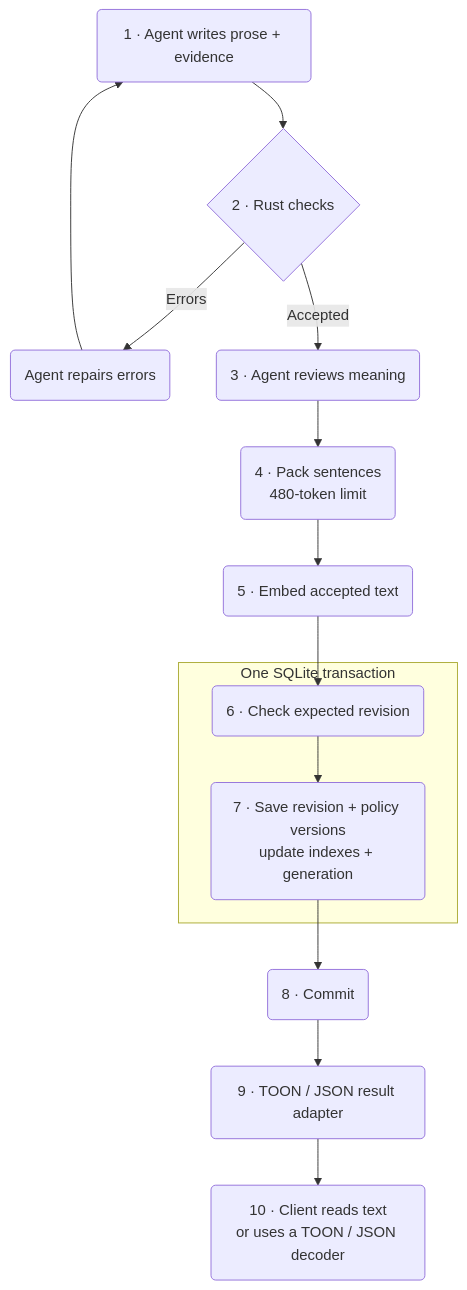
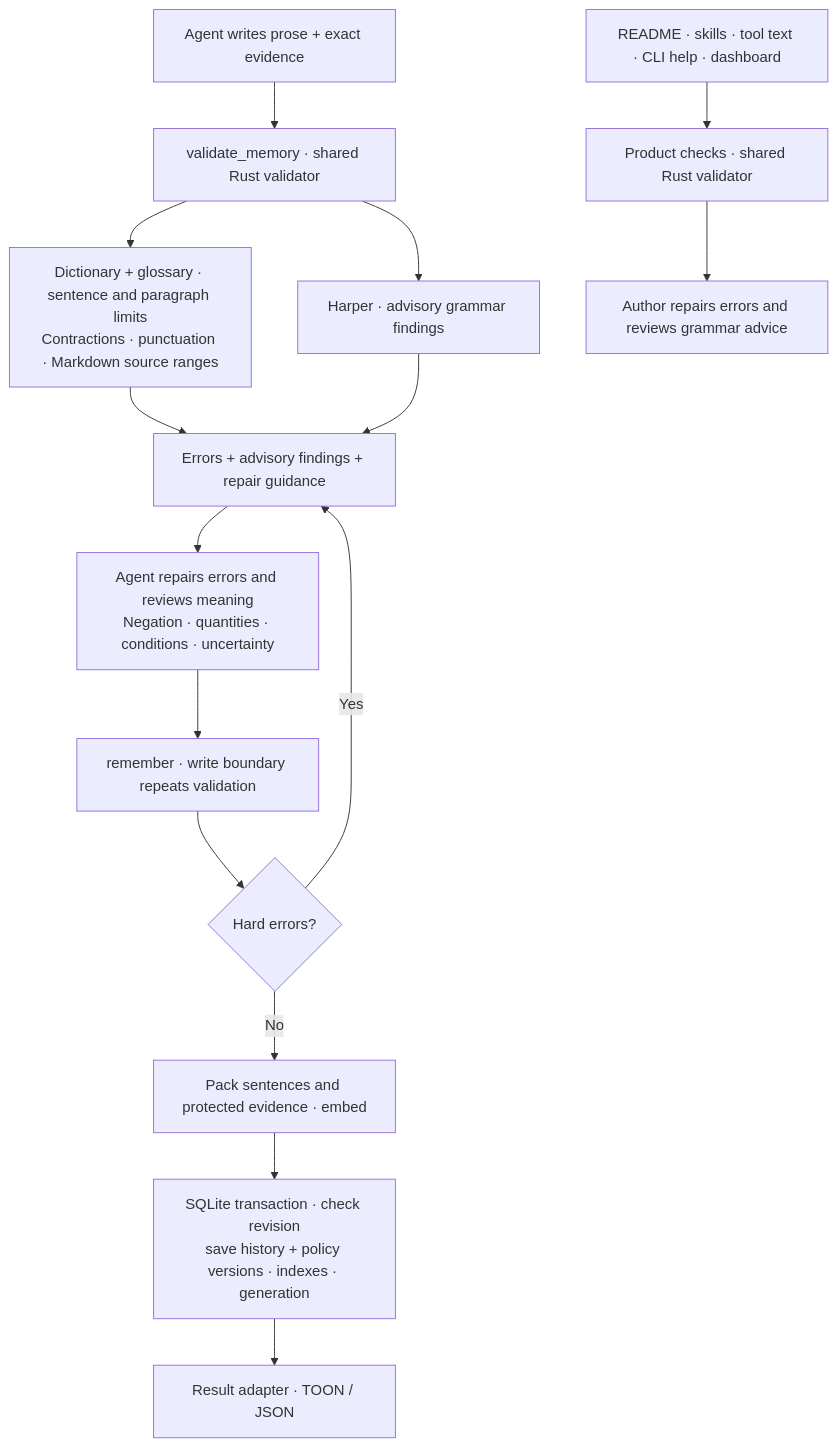
One commit to enfour-digital/enfour-memory changed the second of 2 diagrams in README.md. Above: the diagram before and after it, drawn with Mermaid. The commit also changed other lines of this file, not shown here.

Commit message:
docs: simplify guide and clarify writing checks

````diff
--- a/README.md
+++ b/README.md
@@ -295,16 +128,17 @@
 ```mermaid
 flowchart TB
-    note("1 · Agent writes prose + evidence") --> validate{"2 · Rust checks"}
-    validate -- Errors --> repair("Agent repairs errors")
-    repair --> note
-    validate -- Accepted --> review("3 · Agent reviews meaning")
-    review --> chunk("4 · Pack sentences<br/>480-token limit")
-    chunk --> embed("5 · Embed accepted text")
-    embed --> revision("6 · Check expected revision")
-    subgraph transaction["One SQLite transaction"]
-        revision --> store("7 · Save revision + policy versions<br/>update indexes + generation")
-    end
-    store --> commit("8 · Commit")
-    commit --> output("9 · TOON / JSON result adapter")
-    output --> decode("10 · Client reads text<br/>or uses a TOON / JSON decoder")
+    agent["Agent writes prose + exact evidence"] --> preflight["validate_memory · shared Rust validator"]
+    preflight --> rules["Dictionary + glossary · sentence and paragraph limits<br/>Contractions · punctuation · Markdown source ranges"]
+    preflight --> grammar["Harper · advisory grammar findings"]
+    rules --> report["Errors + advisory findings + repair guidance"]
+    grammar --> report
+    report --> review["Agent repairs errors and reviews meaning<br/>Negation · quantities · conditions · uncertainty"]
+    review --> save["remember · write boundary repeats validation"]
+    save --> gate{"Hard errors?"}
+    gate -- Yes --> report
+    gate -- No --> chunks["Pack sentences and protected evidence · embed"]
+    chunks --> transaction["SQLite transaction · check revision<br/>save history + policy versions · indexes · generation"]
+    transaction --> output["Result adapter · TOON / JSON"]
+    docs["README · skills · tool text · CLI help · dashboard"] --> checks["Product checks · shared Rust validator"]
+    checks --> human["Author repairs errors and reviews grammar advice"]
 ```
````
